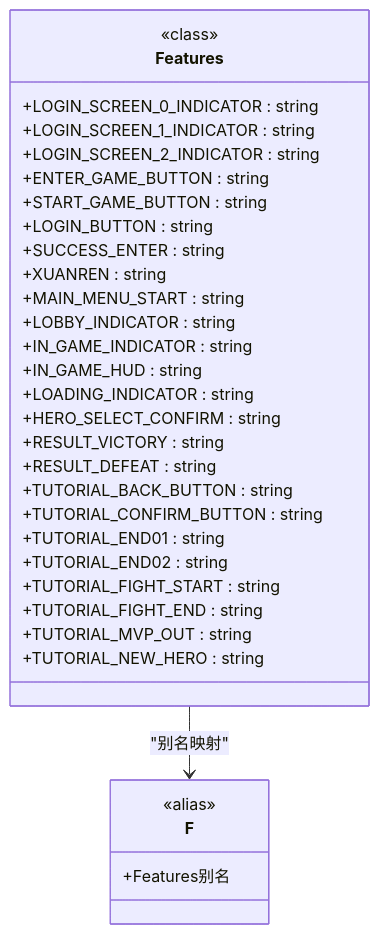
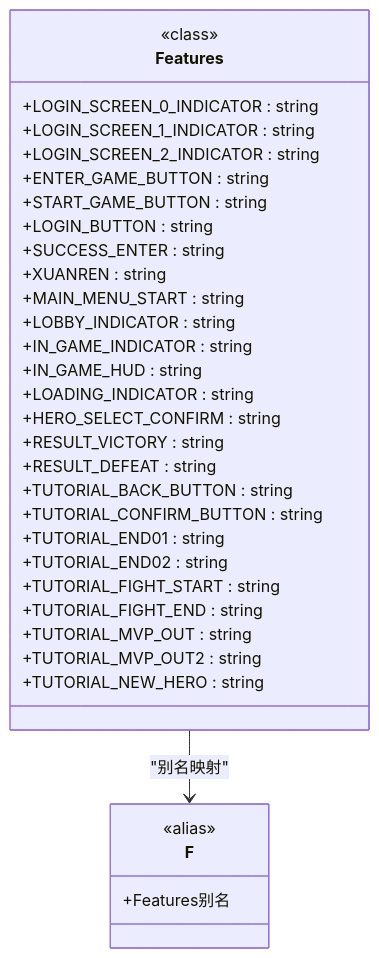
Before and after one commit to xsy098-max/ok-jump: the second of 9 diagrams in .qoder/repowiki/zh/content/核心系统架构/教程功能常量.md, drawn with Mermaid. The commit also changed other lines of this file and 19 other files, not shown here.

````diff
--- a/.qoder/repowiki/zh/content/核心系统架构/教程功能常量.md
+++ b/.qoder/repowiki/zh/content/核心系统架构/教程功能常量.md
@@ -89,35 +96,36 @@
 ```mermaid
 classDiagram
 class Features {
 <<class>>
 +LOGIN_SCREEN_0_INDICATOR : string
 +LOGIN_SCREEN_1_INDICATOR : string
 +LOGIN_SCREEN_2_INDICATOR : string
 +ENTER_GAME_BUTTON : string
 +START_GAME_BUTTON : string
 +LOGIN_BUTTON : string
 +SUCCESS_ENTER : string
 +XUANREN : string
 +MAIN_MENU_START : string
 +LOBBY_INDICATOR : string
 +IN_GAME_INDICATOR : string
 +IN_GAME_HUD : string
 +LOADING_INDICATOR : string
 +HERO_SELECT_CONFIRM : string
 +RESULT_VICTORY : string
 +RESULT_DEFEAT : string
 +TUTORIAL_BACK_BUTTON : string
 +TUTORIAL_CONFIRM_BUTTON : string
 +TUTORIAL_END01 : string
 +TUTORIAL_END02 : string
 +TUTORIAL_FIGHT_START : string
 +TUTORIAL_FIGHT_END : string
 +TUTORIAL_MVP_OUT : string
++TUTORIAL_MVP_OUT2 : string
 +TUTORIAL_NEW_HERO : string
 }
 class F {
 <<alias>>
 +Features别名
 }
 Features --> F : "别名映射"
 ```
````
